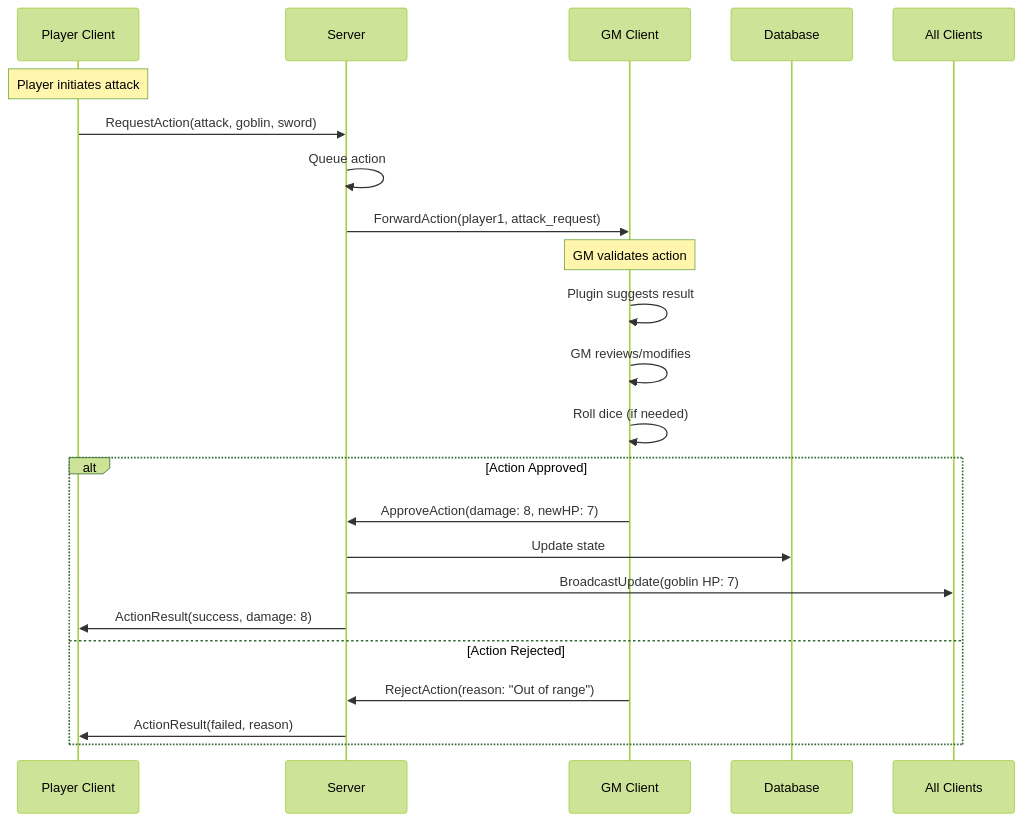
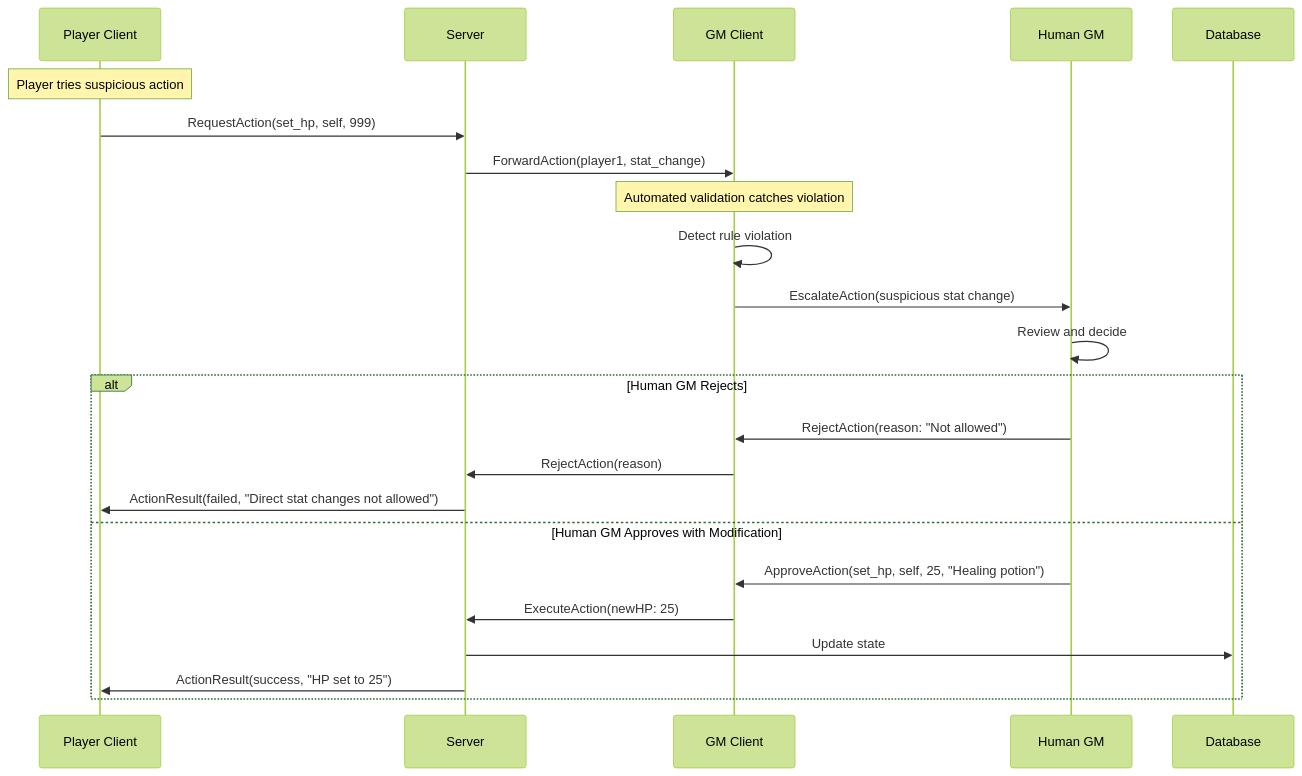
One commit to mixtli/dungeon-lab changed the fourth of 5 diagrams in docs/proposals/gm-authoritative-state-management.md. Above: the diagram before and after it, drawn with Mermaid (forest theme). The commit also changed other lines of this file and 11 other files, not shown here.

````diff
--- a/docs/proposals/gm-authoritative-state-management.md
+++ b/docs/proposals/gm-authoritative-state-management.md
@@ -199,28 +630,28 @@
 ```mermaid
 sequenceDiagram
     participant P as Player Client
     participant S as Server
     participant GM as GM Client
+    participant Human as Human GM
     participant DB as Database
-    participant All as All Clients
 
-    Note over P: Player initiates attack
-    P->>S: RequestAction(attack, goblin, sword)
-    S->>S: Queue action
-    S->>GM: ForwardAction(player1, attack_request)
+    Note over P: Player tries suspicious action
+    P->>S: RequestAction(set_hp, self, 999)
+    S->>GM: ForwardAction(player1, stat_change)
     
-    Note over GM: GM validates action
-    GM->>GM: Plugin suggests result
-    GM->>GM: GM reviews/modifies
-    GM->>GM: Roll dice (if needed)
+    Note over GM: Automated validation catches violation
+    GM->>GM: Detect rule violation
+    GM->>Human: EscalateAction(suspicious stat change)
+    Human->>Human: Review and decide
     
-    alt Action Approved
-        GM->>S: ApproveAction(damage: 8, newHP: 7)
+    alt Human GM Rejects
+        Human->>GM: RejectAction(reason: "Not allowed")
+        GM->>S: RejectAction(reason)
+        S->>P: ActionResult(failed, "Direct stat changes not allowed")
+    else Human GM Approves with Modification
+        Human->>GM: ApproveAction(set_hp, self, 25, "Healing potion")
+        GM->>S: ExecuteAction(newHP: 25)
         S->>DB: Update state
-        S->>All: BroadcastUpdate(goblin HP: 7)
-        S->>P: ActionResult(success, damage: 8)
-    else Action Rejected
-        GM->>S: RejectAction(reason: "Out of range")
-        S->>P: ActionResult(failed, reason)
+        S->>P: ActionResult(success, "HP set to 25")
     end
 ```
````
